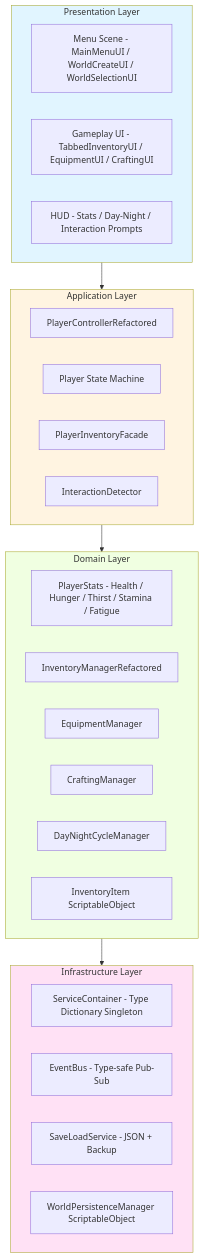
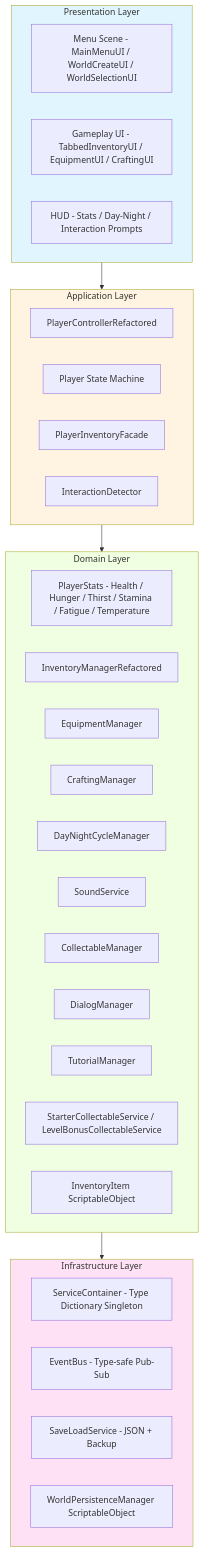
Before and after one commit to DontBeknown/so-PEAK: the first of 20 diagrams in CODEBASE_MERMAID_DIAGRAMS.md, drawn with Mermaid. The commit also changed other lines of this file and 22 other files, not shown here.

````diff
--- a/CODEBASE_MERMAID_DIAGRAMS.md
+++ b/CODEBASE_MERMAID_DIAGRAMS.md
@@ -24,40 +24,45 @@
 ```mermaid
 graph TB
     subgraph Presentation["Presentation Layer"]
         Menu[Menu Scene - MainMenuUI / WorldCreateUI / WorldSelectionUI]
         UI[Gameplay UI - TabbedInventoryUI / EquipmentUI / CraftingUI]
         HUD[HUD - Stats / Day-Night / Interaction Prompts]
     end
 
     subgraph Application["Application Layer"]
         Controller[PlayerControllerRefactored]
         StateMachine[Player State Machine]
         InvFacade[PlayerInventoryFacade]
         InteractionDetector[InteractionDetector]
     end
 
     subgraph Domain["Domain Layer"]
-        PlayerStats[PlayerStats - Health / Hunger / Thirst / Stamina / Fatigue]
+        PlayerStats[PlayerStats - Health / Hunger / Thirst / Stamina / Fatigue / Temperature]
         InventoryMgr[InventoryManagerRefactored]
         EquipmentMgr[EquipmentManager]
         CraftingMgr[CraftingManager]
         DayNight[DayNightCycleManager]
+        SoundSvc[SoundService]
+        CollectMgr[CollectableManager]
+        DialogMgr[DialogManager]
+        TutMgr[TutorialManager]
+        Progression[StarterCollectableService / LevelBonusCollectableService]
         Items[InventoryItem ScriptableObject]
     end
 
     subgraph Infrastructure["Infrastructure Layer"]
         DI[ServiceContainer - Type Dictionary Singleton]
         EventBus[EventBus - Type-safe Pub-Sub]
         SaveLoad[SaveLoadService - JSON + Backup]
         WorldPersist[WorldPersistenceManager ScriptableObject]
     end
 
     Presentation --> Application
     Application --> Domain
     Domain --> Infrastructure
 
     style Presentation fill:#e1f5ff
     style Application fill:#fff4e1
     style Domain fill:#f0ffe1
     style Infrastructure fill:#ffe1f5
 ```
````
